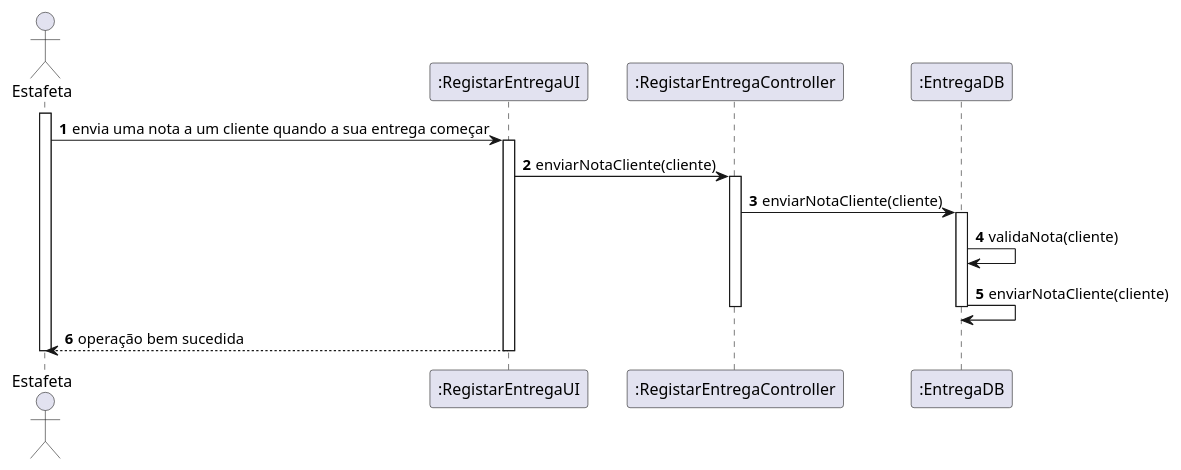
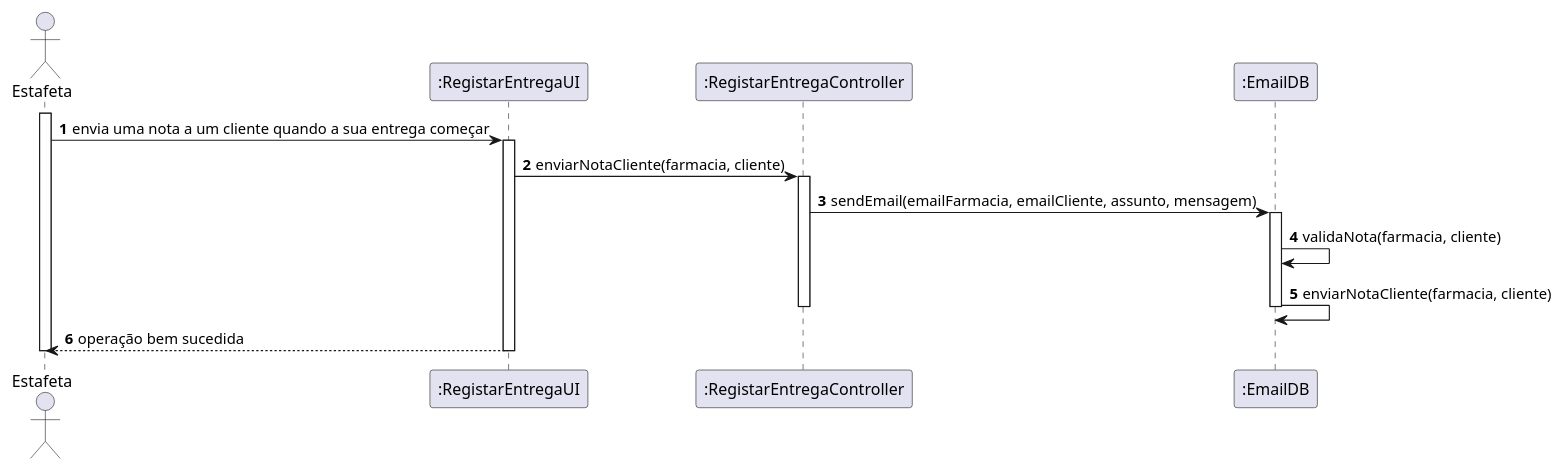
The diagram in docs/UC125/NotificarClienteSD.puml (pedrolemos4/LAPR3), drawn with PlantUML before and after one commit. The commit also changed 6 other files, not shown here.

```diff
--- a/docs/UC125/NotificarClienteSD.puml
+++ b/docs/UC125/NotificarClienteSD.puml
@@ -1,31 +1,31 @@
 @startuml
 autonumber
 
 actor "Estafeta" as EST
 participant ":RegistarEntregaUI" as UI
 participant ":RegistarEntregaController" as CTL
-participant ":EntregaDB" as PDB
+participant ":EmailDB" as PDB
 
 activate EST
 EST -> UI : envia uma nota a um cliente quando a sua entrega começar
 activate UI
-UI -> CTL : enviarNotaCliente(cliente)
+UI -> CTL : enviarNotaCliente(farmacia, cliente)
 activate CTL
 
 
-CTL -> PDB : enviarNotaCliente(cliente)
+CTL -> PDB : sendEmail(emailFarmacia, emailCliente, assunto, mensagem)
 activate PDB
 
-PDB -> PDB : validaNota(cliente)
+PDB -> PDB : validaNota(farmacia, cliente)
 
-PDB -> PDB : enviarNotaCliente(cliente)
+PDB -> PDB : enviarNotaCliente(farmacia, cliente)
 
 deactivate PDB
 
 deactivate CTL
 
 UI --> EST : operação bem sucedida
 deactivate UI
 
 deactivate EST
 @enduml
```
